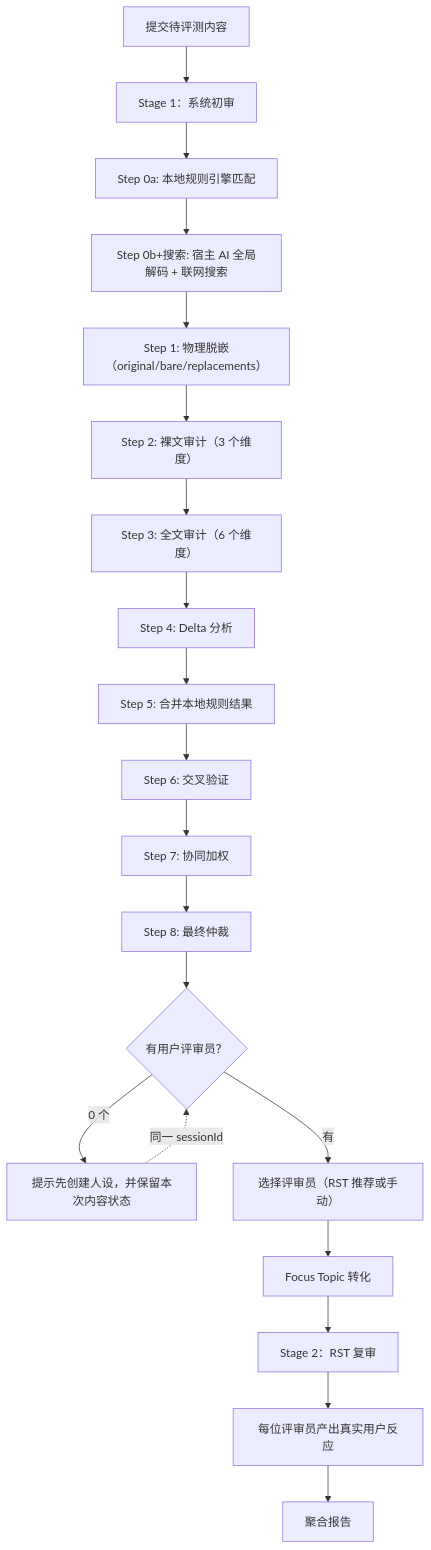
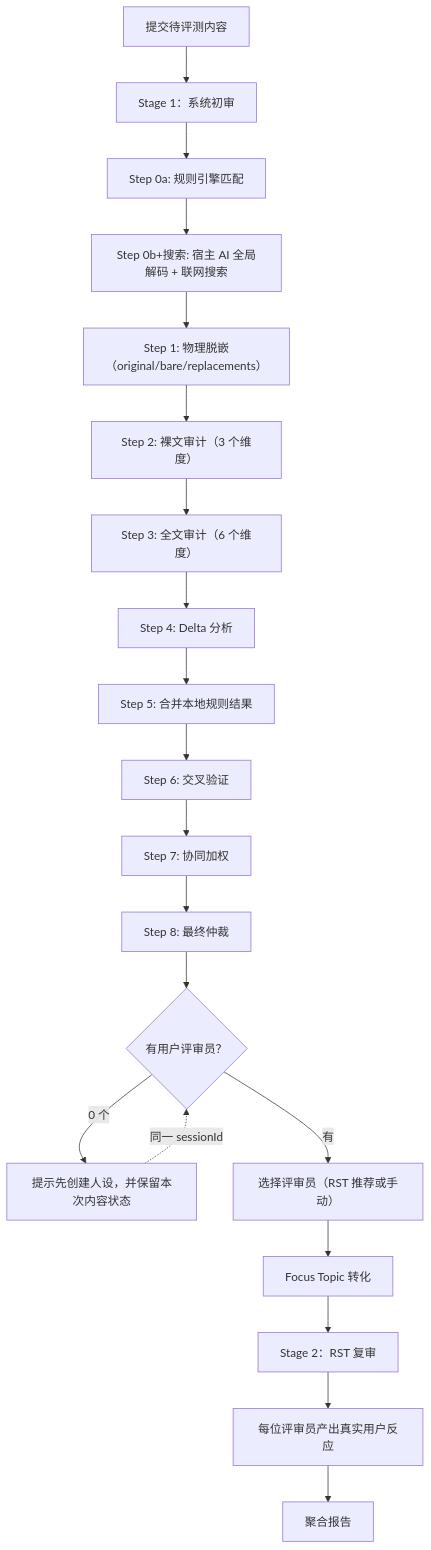
Before and after one commit to ChurzeXo/kevlar-4u: the first of 7 diagrams in docs/README.zh.md, drawn with Mermaid. The commit also changed other lines of this file and 6 other files, not shown here.

````diff
--- a/docs/README.zh.md
+++ b/docs/README.zh.md
@@ -155,22 +155,22 @@
 ```mermaid
 flowchart TD
   A["提交待评测内容"] --> B["Stage 1：系统初审"]
-  B --> C["Step 0a: 本地规则引擎匹配"]
+  B --> C["Step 0a: 规则引擎匹配"]
   C --> D["Step 0b+搜索: 宿主 AI 全局解码 + 联网搜索"]
   D --> F["Step 1: 物理脱嵌（original/bare/replacements）"]
   F --> G["Step 2: 裸文审计（3 个维度）"]
   G --> H["Step 3: 全文审计（6 个维度）"]
   H --> I["Step 4: Delta 分析"]
   I --> J["Step 5: 合并本地规则结果"]
   J --> K["Step 6: 交叉验证"]
   K --> L["Step 7: 协同加权"]
   L --> M["Step 8: 最终仲裁"]
   M --> N{"有用户评审员？"}
   N -->|0 个| O["提示先创建人设，并保留本次内容状态"]
   O -.->|"同一 sessionId"| N
   N -->|有| P["选择评审员（RST 推荐或手动）"]
   P --> Q["Focus Topic 转化"]
   Q --> R["Stage 2：RST 复审"]
   R --> S["每位评审员产出真实用户反应"]
   S --> T["聚合报告"]
 ```
````
